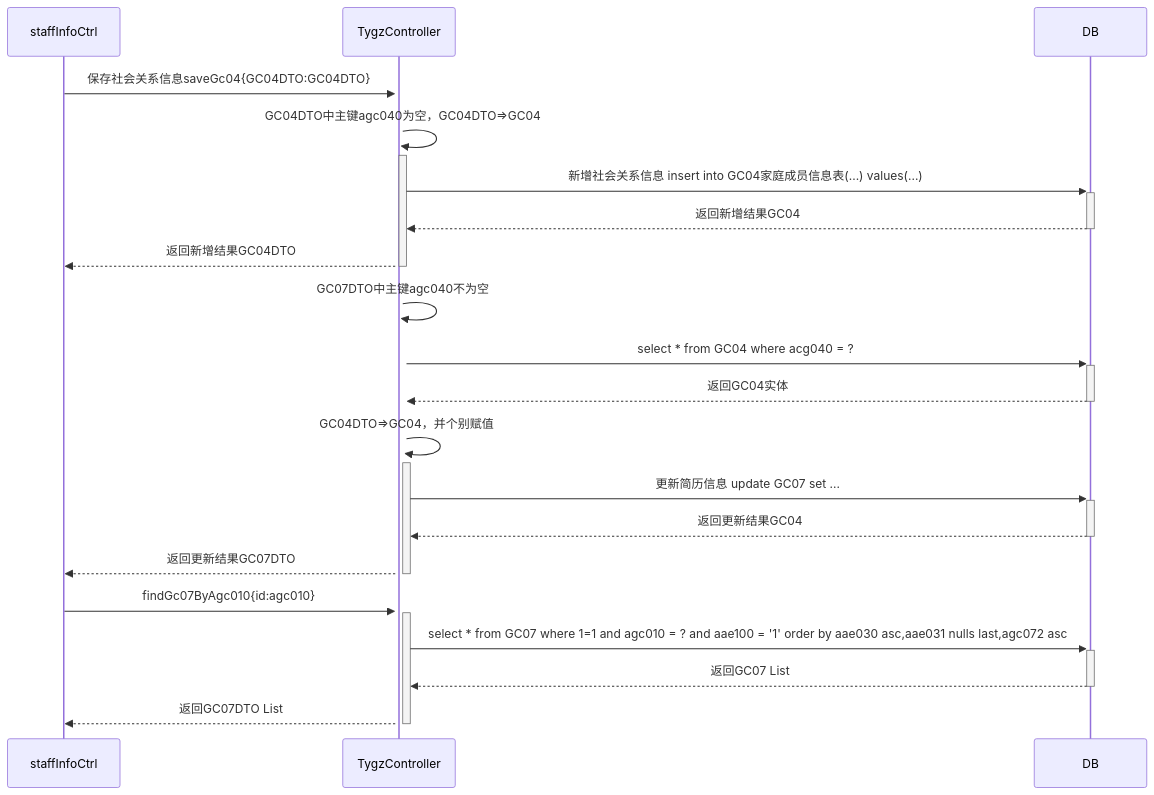
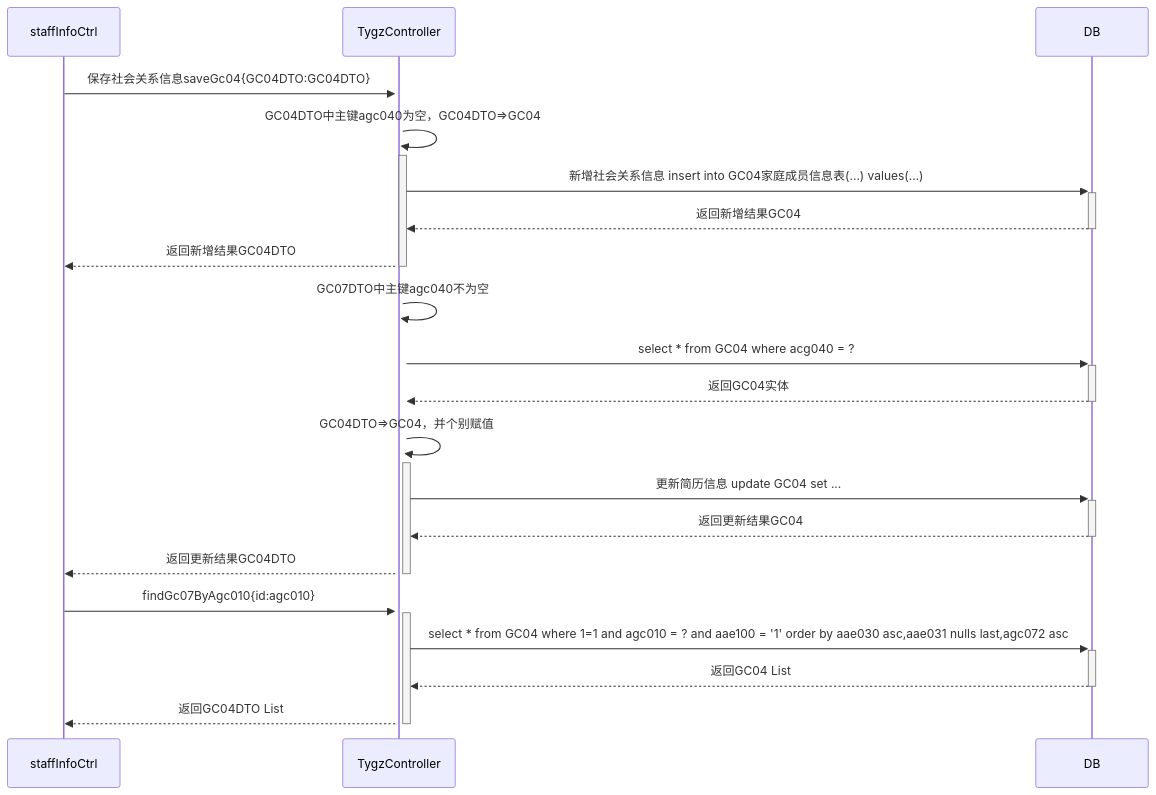
Before and after one commit to ZhangJianBeiJing/iodraw-files: the diagram in all/未命名.md, drawn with Mermaid.

Commit message:
2025-03-25 17:33:50 update

````diff
--- a/all/未命名.md
+++ b/all/未命名.md
@@ -1,22 +1,22 @@
 ```mermaid
 sequenceDiagram
     staffInfoCtrl->>+TygzController:保存社会关系信息saveGc04{GC04DTO:GC04DTO}
     TygzController->>+TygzController:GC04DTO中主键agc040为空，GC04DTO=>GC04
     TygzController->>+DB:新增社会关系信息 insert into GC04家庭成员信息表(...) values(...)
     DB-->>-TygzController:返回新增结果GC04
     TygzController-->>-staffInfoCtrl:返回新增结果GC04DTO
     TygzController->>+TygzController:GC07DTO中主键agc040不为空
     TygzController->>+DB:select * from GC04 where acg040 = ?
     DB-->>-TygzController:返回GC04实体
     TygzController->>+TygzController:GC04DTO=>GC04，并个别赋值
-    TygzController->>+DB:更新简历信息 update GC07 set ...
+    TygzController->>+DB:更新简历信息 update GC04 set ...
     DB-->>-TygzController:返回更新结果GC04
-    TygzController-->>-staffInfoCtrl:返回更新结果GC07DTO
+    TygzController-->>-staffInfoCtrl:返回更新结果GC04DTO
 
     staffInfoCtrl->>+TygzController:findGc07ByAgc010{id:agc010}
-    TygzController->>+DB:select * from GC07 where 1=1 and agc010 = ? and aae100 = '1' order by aae030 asc,aae031 nulls last,agc072 asc 
-    DB-->>-TygzController:返回GC07 List
-    TygzController-->>-staffInfoCtrl:返回GC07DTO List
+    TygzController->>+DB:select * from GC04 where 1=1 and agc010 = ? and aae100 = '1' order by aae030 asc,aae031 nulls last,agc072 asc 
+    DB-->>-TygzController:返回GC04 List
+    TygzController-->>-staffInfoCtrl:返回GC04DTO List
             
             
 ```
````
